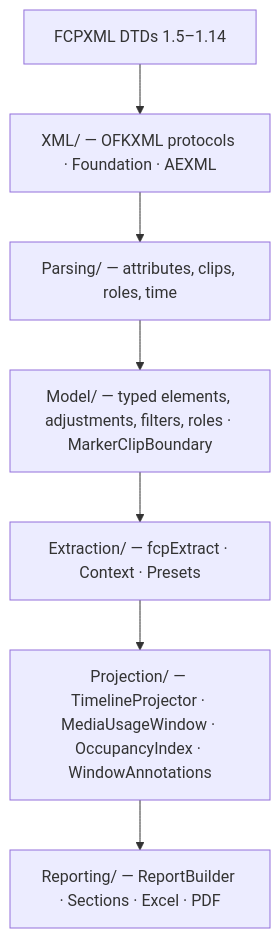
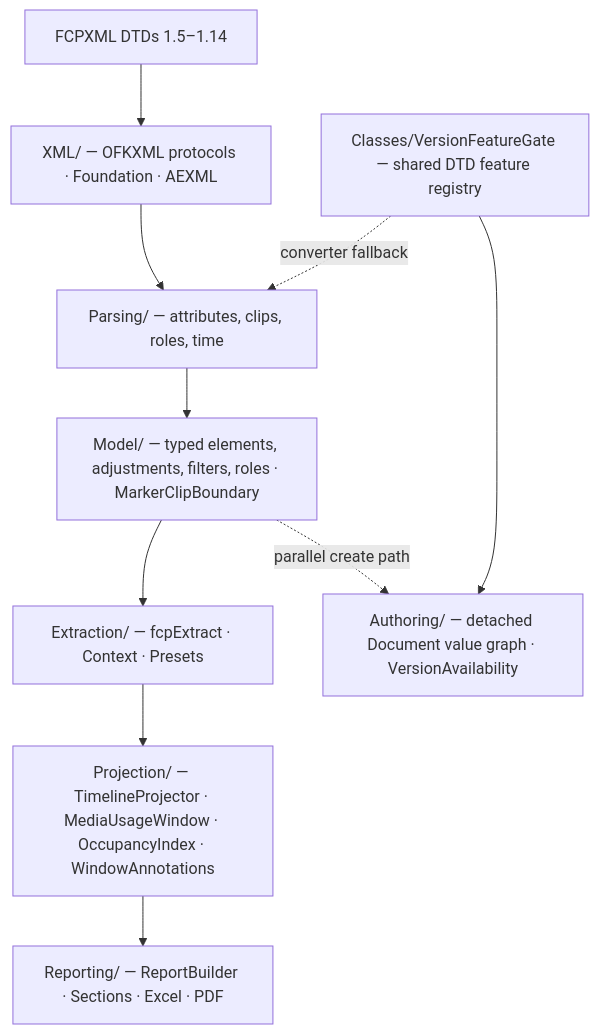
One commit to TheAcharya/OpenFCPXMLKit changed the third of 6 diagrams in ARCHITECTURE.md. Above: the diagram before and after it, drawn with Mermaid. The commit also changed other lines of this file and 61 other files, not shown here.

First line of the commit message:
Add detached FCPXML Authoring and strengthen Projection for 3.2.0

````diff
--- a/ARCHITECTURE.md
+++ b/ARCHITECTURE.md
@@ -230,12 +262,18 @@
 ```mermaid
 flowchart TB
     DTD["FCPXML DTDs 1.5–1.14"]
     XML["XML/ — OFKXML protocols · Foundation · AEXML"]
     PRS["Parsing/ — attributes, clips, roles, time"]
     MDL["Model/ — typed elements, adjustments, filters, roles · MarkerClipBoundary"]
     EXT["Extraction/ — fcpExtract · Context · Presets"]
     PRJ["Projection/ — TimelineProjector · MediaUsageWindow · OccupancyIndex · WindowAnnotations"]
     REP["Reporting/ — ReportBuilder · Sections · Excel · PDF"]
 
     DTD --> XML --> PRS --> MDL --> EXT --> PRJ --> REP
+
+    AUTH["Authoring/ — detached Document value graph · VersionAvailability"]
+    GATE["Classes/VersionFeatureGate — shared DTD feature registry"]
+    MDL -.->|"parallel create path"| AUTH
+    GATE --> AUTH
+    GATE -.->|"converter fallback"| PRS
 ```
````
